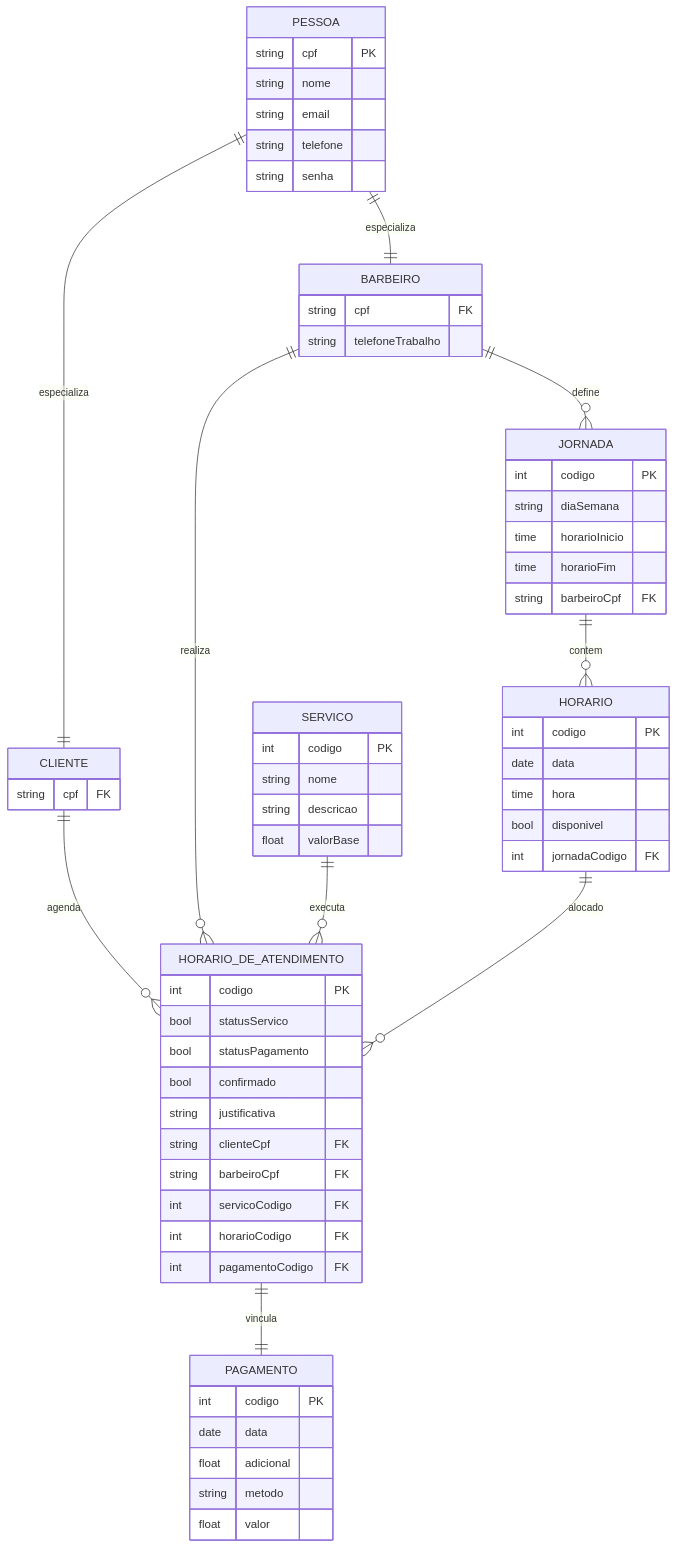
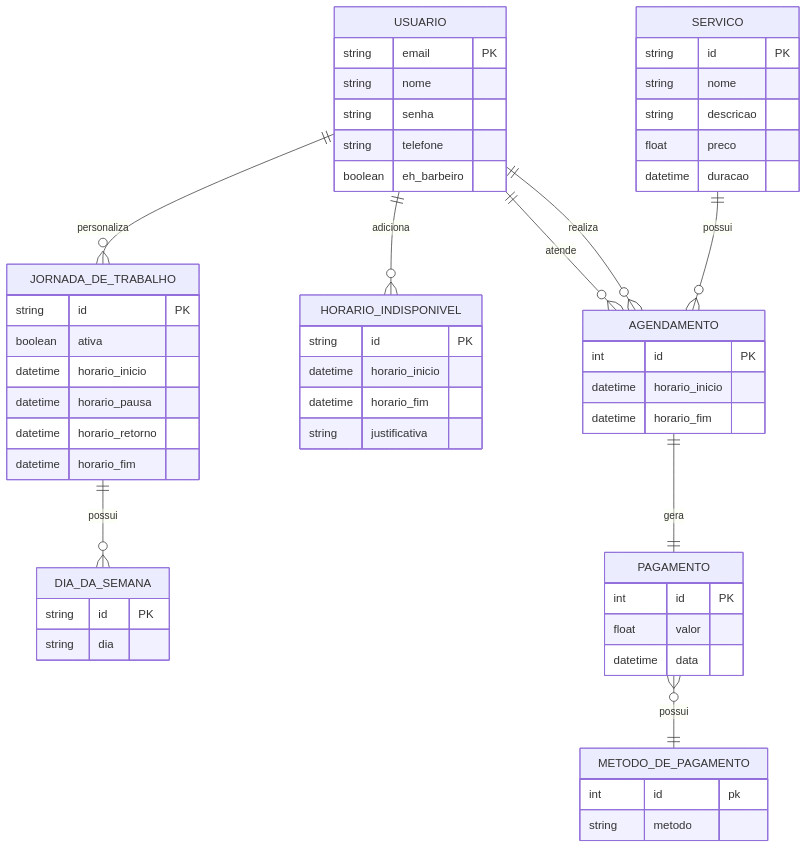
One commit to AlecYalcin/KNN-Barber-App changed the second of 2 diagrams in docs/doc-modelos.md. Above: the diagram before and after it, drawn with Mermaid. The commit also changed other lines of this file and 1 other file, not shown here.

````diff
--- a/docs/doc-modelos.md
+++ b/docs/doc-modelos.md
@@ -198,78 +208,72 @@
 ```mermaid
 erDiagram
-    PESSOA ||--|| CLIENTE : especializa
-    PESSOA ||--|| BARBEIRO : especializa
-
-    BARBEIRO ||--o{ JORNADA : define
-    JORNADA ||--o{ HORARIO : contem
-
-    CLIENTE ||--o{ HORARIO_DE_ATENDIMENTO : agenda
-    BARBEIRO ||--o{ HORARIO_DE_ATENDIMENTO : realiza
-    SERVICO ||--o{ HORARIO_DE_ATENDIMENTO : executa
-    HORARIO ||--o{ HORARIO_DE_ATENDIMENTO : alocado
-    HORARIO_DE_ATENDIMENTO ||--|| PAGAMENTO : vincula
-
-    PESSOA {
-        string cpf PK
+    USUARIO {
+        string email PK
         string nome
-        string email
+        string senha
         string telefone
-        string senha
+        boolean eh_barbeiro
     }
 
-    CLIENTE {
-        string cpf FK
+    JORNADA_DE_TRABALHO {
+        string id PK
+        boolean ativa
+        datetime horario_inicio
+        datetime horario_pausa
+        datetime horario_retorno
+        datetime horario_fim
     }
 
-    BARBEIRO {
-        string cpf FK
-        string telefoneTrabalho
+    DIA_DA_SEMANA {
+      string id PK
+      string dia
     }
 
-    JORNADA {
-        int codigo PK
-        string diaSemana
-        time horarioInicio
-        time horarioFim
-        string barbeiroCpf FK
-    }
-
-    HORARIO {
-        int codigo PK
-        date data
-        time hora
-        bool disponivel
-        int jornadaCodigo FK
-    }
-
-    SERVICO {
-        int codigo PK
-        string nome
-        string descricao
-        float valorBase
-    }
-
-    PAGAMENTO {
-        int codigo PK
-        date data
-        float adicional
-        string metodo
-        float valor
-    }
-
-    HORARIO_DE_ATENDIMENTO {
-        int codigo PK
-        bool statusServico
-        bool statusPagamento
-        bool confirmado
+    HORARIO_INDISPONIVEL {
+        string id PK
+        datetime horario_inicio
+        datetime horario_fim
         string justificativa
-        string clienteCpf FK
-        string barbeiroCpf FK
-        int servicoCodigo FK
-        int horarioCodigo FK
-        int pagamentoCodigo FK
     }
 
 
+    SERVICO {
+        string id PK
+        string nome
+        string descricao
+        float preco
+        datetime duracao
+    }
+
+    AGENDAMENTO {
+        int id PK
+        datetime horario_inicio
+        datetime horario_fim
+    }
+
+
+    PAGAMENTO {
+        int id PK
+        float valor
+        datetime data
+    }
+
+    METODO_DE_PAGAMENTO {
+      int id pk
+      string metodo
+    }
+
+    USUARIO ||--o{ JORNADA_DE_TRABALHO: "personaliza"
+    USUARIO ||--o{ HORARIO_INDISPONIVEL: "adiciona"
+
+    JORNADA_DE_TRABALHO ||--o{ DIA_DA_SEMANA: "possui"
+
+    USUARIO ||--o{ AGENDAMENTO: "atende"
+    USUARIO ||--o{ AGENDAMENTO: "realiza"
+
+    SERVICO ||--o{ AGENDAMENTO: "possui"
+
+    AGENDAMENTO ||--|| PAGAMENTO: "gera"
+    PAGAMENTO }o--|| METODO_DE_PAGAMENTO: "possui"
 
 ```
````
